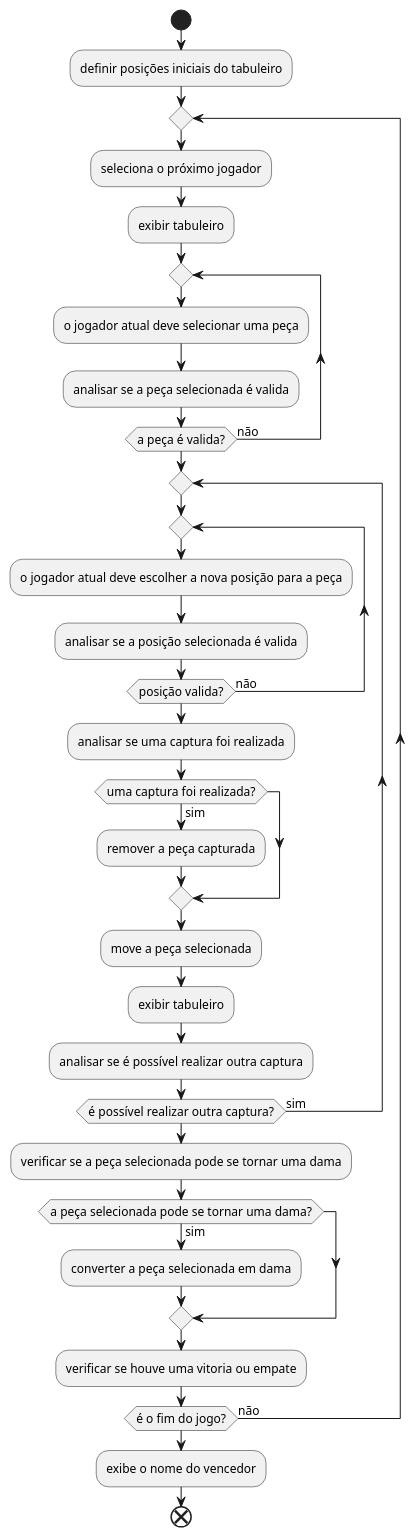
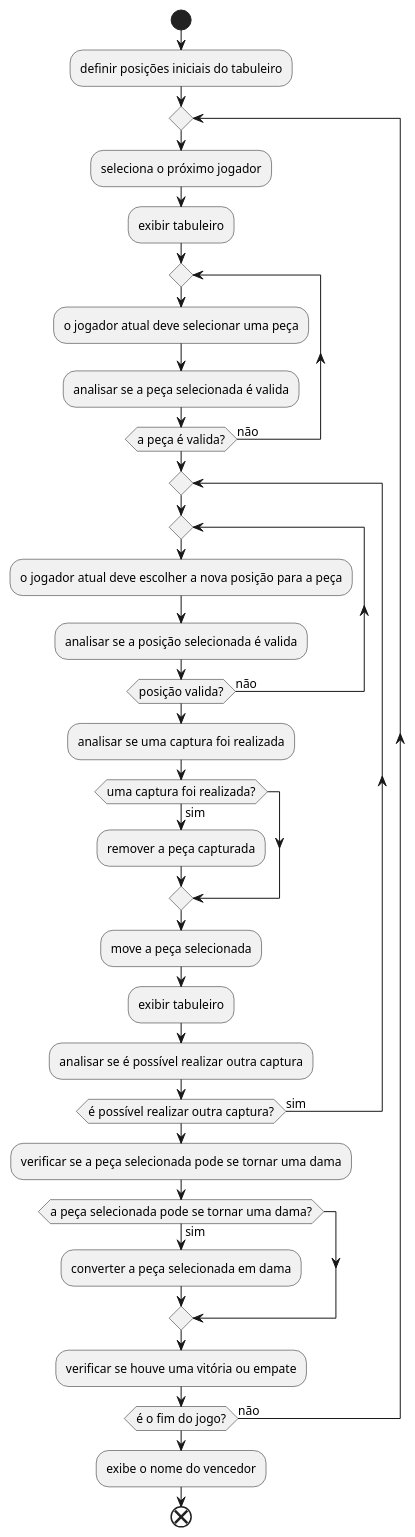
The diagram in docs/diagrams/src/atividades.puml (carlos-e-araujo/jogo-de-damas), drawn with PlantUML before and after one commit.

Commit message:
fix: correct spelling of "vitória" in atividades.puml diagram

```diff
--- a/docs/diagrams/src/atividades.puml
+++ b/docs/diagrams/src/atividades.puml
@@ -1,46 +1,46 @@
 @startuml Atividades
 
 skinparam DefaultTextAlignment center
 skinparam DefaultFontSize 12
 
 start
 :definir posições iniciais do tabuleiro;
 
 repeat
     :seleciona o próximo jogador;
     :exibir tabuleiro;
 
     repeat
         :o jogador atual deve selecionar uma peça;
         :analisar se a peça selecionada é valida;
     repeat while (a peça é valida?) is (não)
 
     repeat
         repeat
             :o jogador atual deve escolher a nova posição para a peça;
             :analisar se a posição selecionada é valida;
         repeat while (posição valida?) is (não)
 
         :analisar se uma captura foi realizada;
 
         if (uma captura foi realizada?) then (sim)
             :remover a peça capturada;
         endif
 
         :move a peça selecionada;
         :exibir tabuleiro;
         :analisar se é possível realizar outra captura;
     repeat while (é possível realizar outra captura?) is (sim)
 
     :verificar se a peça selecionada pode se tornar uma dama;
     if (a peça selecionada pode se tornar uma dama?) then (sim)
         :converter a peça selecionada em dama;
     endif
 
-    :verificar se houve uma vitoria ou empate;
+    :verificar se houve uma vitória ou empate;
 repeat while (é o fim do jogo?) is (não)
 
 :exibe o nome do vencedor;
 end
 
 @enduml
```
